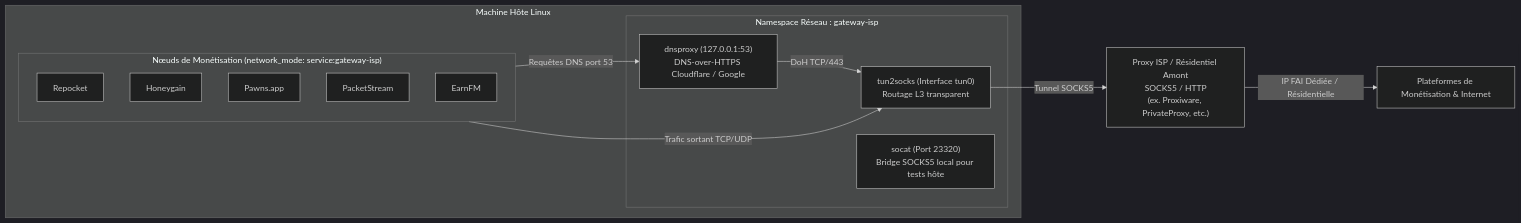
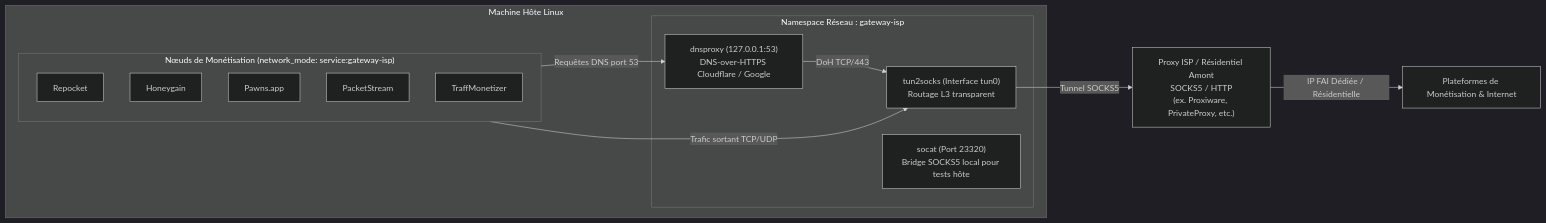
Before and after one commit to ki2pixel/proxy_docker: the diagram in docs/Integration_Passerelle_ISP_Residential.md, drawn with Mermaid (dark theme). The commit also changed other lines of this file and 36 other files, not shown here.

First line of the commit message:
feat(providers): remplacer EarnFM par TraffMonetizer (suppression complète)

````diff
--- a/docs/Integration_Passerelle_ISP_Residential.md
+++ b/docs/Integration_Passerelle_ISP_Residential.md
@@ -11,27 +11,27 @@
 ```mermaid
 graph LR
     subgraph DockerHost ["Machine Hôte Linux"]
         subgraph ISPNamespace ["Namespace Réseau : gateway-isp"]
             TUN["tun2socks (Interface tun0)<br>Routage L3 transparent"]
             DNS["dnsproxy (127.0.0.1:53)<br>DNS-over-HTTPS Cloudflare / Google"]
             SOCAT["socat (Port 23320)<br>Bridge SOCKS5 local pour tests hôte"]
         end
 
         subgraph MonetizationNodes ["Nœuds de Monétisation (network_mode: service:gateway-isp)"]
             RP["Repocket"]
             HG["Honeygain"]
             PA["Pawns.app"]
             PS["PacketStream"]
-            PR["EarnFM"]
+            PR["TraffMonetizer"]
         end
     end
 
     PROXY["Proxy ISP / Résidentiel Amont<br>SOCKS5 / HTTP<br>(ex. Proxiware, PrivateProxy, etc.)"]
     INTERNET["Plateformes de Monétisation & Internet"]
 
     MonetizationNodes -->|Trafic sortant TCP/UDP| TUN
     MonetizationNodes -->|Requêtes DNS port 53| DNS
     DNS -->|DoH TCP/443| TUN
     TUN -->|Tunnel SOCKS5| PROXY
     PROXY -->|IP FAI Dédiée / Résidentielle| INTERNET
 ```
````
